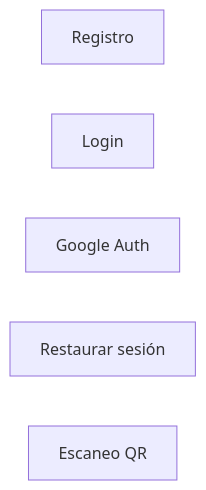
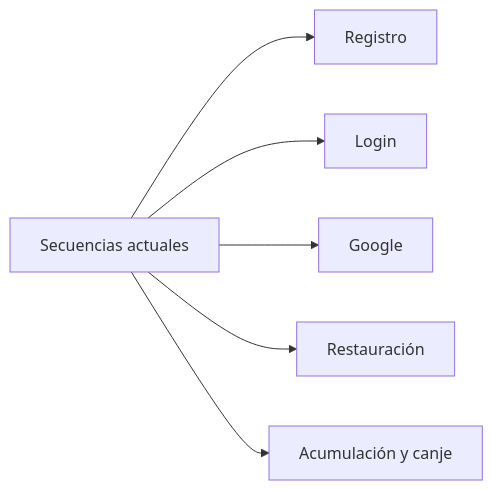
The diagram in docs/sequences/00-index.md (gagonzalez1/puntazo-docs), drawn with Mermaid before and after one commit. The commit also changed other lines of this file and 42 other files, not shown here.

Commit message:
docs: reconcile current Puntazo architecture and deployed environments

````diff
--- a/docs/sequences/00-index.md
+++ b/docs/sequences/00-index.md
@@ -15,14 +16,13 @@
 ```mermaid
 flowchart LR
-    REGISTER["Registro"]
-    LOGIN["Login"]
-    GOOGLE["Google Auth"]
-    RESTORE["Restaurar sesión"]
-    SCAN["Escaneo QR"]
-
-    click REGISTER href "#/sequence-register" "Abrir registro"
-    click LOGIN href "#/sequence-login" "Abrir login"
-    click GOOGLE href "#/sequence-google" "Abrir Google"
-    click RESTORE href "#/sequence-restore" "Abrir restauración"
-    click SCAN href "#/sequence-scan" "Abrir escaneo"
+ A[Secuencias actuales] --> R[Registro]
+ A --> L[Login]
+ A --> G[Google]
+ A --> S[Restauración]
+ A --> M[Acumulación y canje]
+ click R href "#/sequence-register" "Abrir registro"
+ click L href "#/sequence-login" "Abrir login"
+ click G href "#/sequence-google" "Abrir Google"
+ click S href "#/sequence-restore" "Abrir restauración"
+ click M href "#/sequence-scan" "Abrir movimientos"
 ```
````
